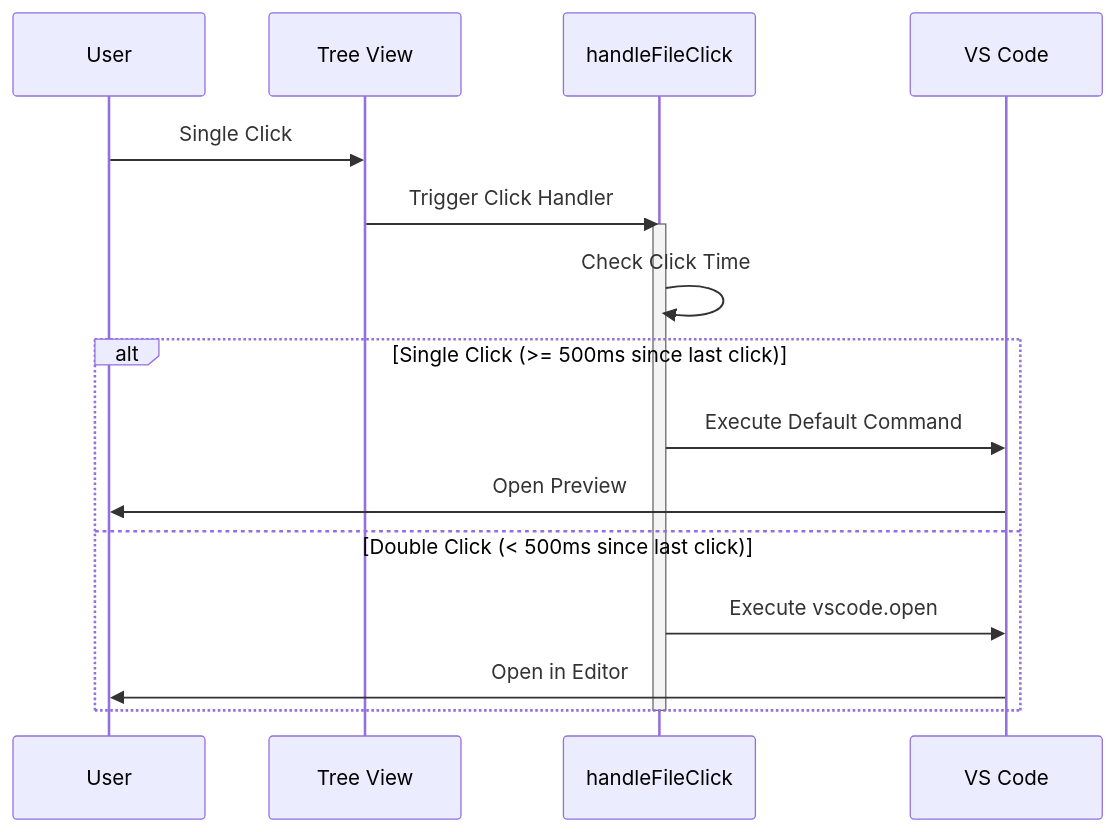
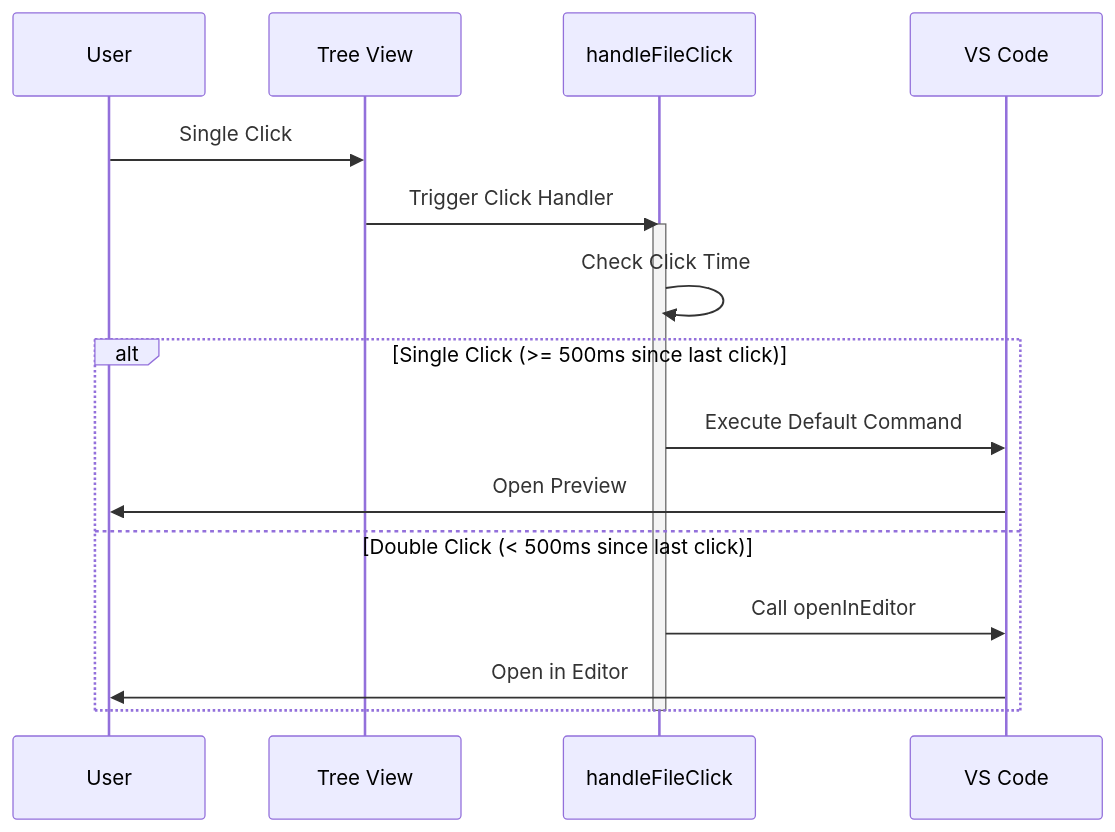
The diagram in docs/architecture/preview-controller.md (AlexJSully/workspace-wiki), drawn with Mermaid before and after one commit. The commit also changed other lines of this file and 16 other files, not shown here.

First line of the commit message:
Support for VSCode's Markdown Editor (#44)

````diff
--- a/docs/architecture/preview-controller.md
+++ b/docs/architecture/preview-controller.md
@@ -48,21 +72,21 @@
 ```mermaid
 sequenceDiagram
 	accTitle: File Open Double-Click Detection Flow
 	accDescr: Shows how a user click on a tree item is handled - single clicks (gap >= 500ms since last click) open the file in preview mode, while double clicks (gap < 500ms) open the file in the editor.
 	participant User as User
 	participant Tree as Tree View
 	participant Handler as handleFileClick
 	participant Command as VS Code
 	User->>Tree: Single Click
 	Tree->>Handler: Trigger Click Handler
 	activate Handler
 	Handler->>Handler: Check Click Time
 	alt Single Click (>= 500ms since last click)
 		Handler->>Command: Execute Default Command
 		Command->>User: Open Preview
 	else Double Click (< 500ms since last click)
-		Handler->>Command: Execute vscode.open
+		Handler->>Command: Call openInEditor
 		Command->>User: Open in Editor
 	end
 	deactivate Handler
 ```
````
